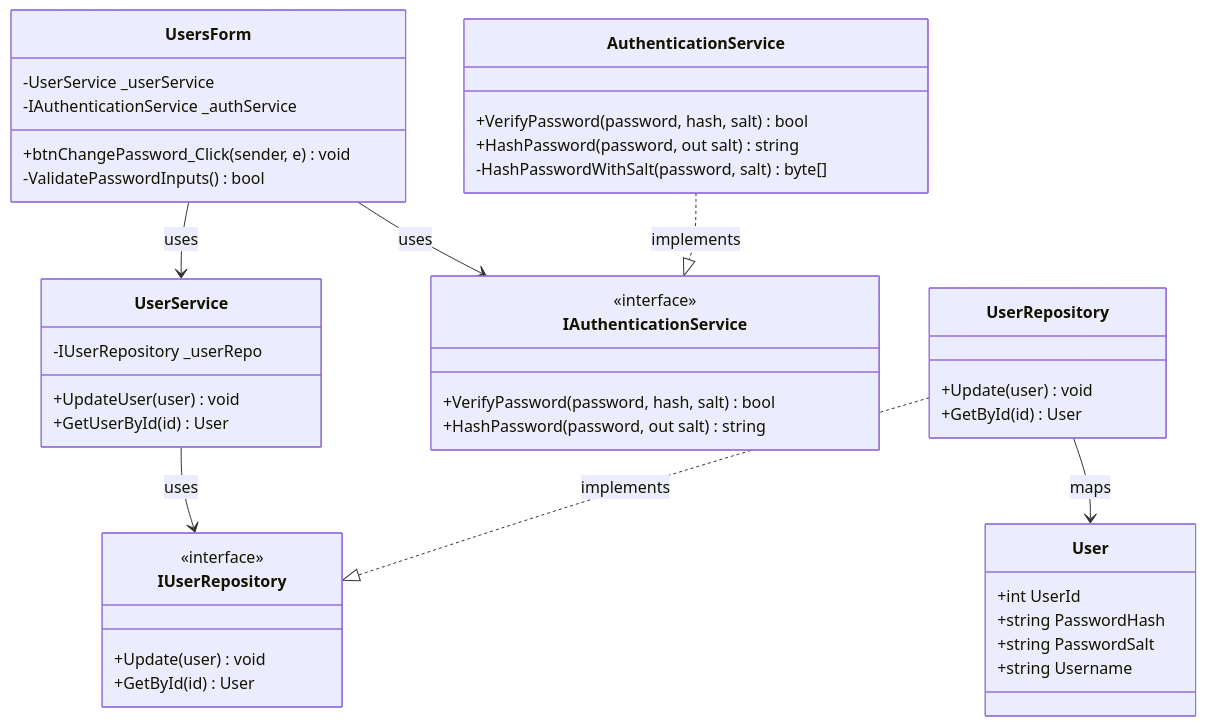
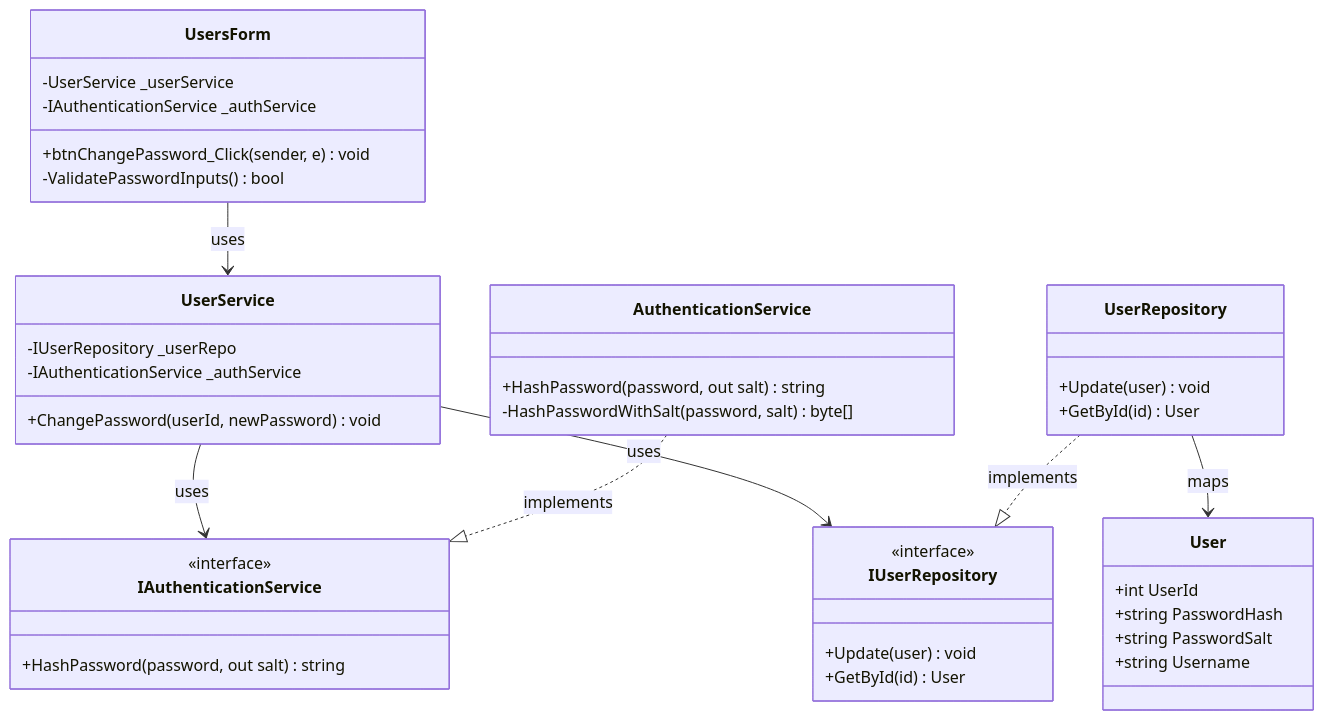
One commit to nahuk86/tp_diploma_nk_2026 changed the ninth of 9 diagrams in Documentation/UML_Diagrams/03_User_Management_Process_Class_Diagram.md. Above: the diagram before and after it, drawn with Mermaid. The commit also changed other lines of this file and 6 other files, not shown here.

Commit message:
Update UML diagrams 01-07 to reflect actual implementation

````diff
--- a/Documentation/UML_Diagrams/03_User_Management_Process_Class_Diagram.md
+++ b/Documentation/UML_Diagrams/03_User_Management_Process_Class_Diagram.md
@@ -399,52 +399,50 @@
 ```mermaid
 classDiagram
     class UsersForm {
         -UserService _userService
         -IAuthenticationService _authService
         +btnChangePassword_Click(sender, e) void
         -ValidatePasswordInputs() bool
     }
 
     class UserService {
         -IUserRepository _userRepo
-        +UpdateUser(user) void
-        +GetUserById(id) User
+        -IAuthenticationService _authService
+        +ChangePassword(userId, newPassword) void
     }
 
     class IAuthenticationService {
         <<interface>>
-        +VerifyPassword(password, hash, salt) bool
         +HashPassword(password, out salt) string
     }
 
     class AuthenticationService {
-        +VerifyPassword(password, hash, salt) bool
         +HashPassword(password, out salt) string
         -HashPasswordWithSalt(password, salt) byte[]
     }
 
     class IUserRepository {
         <<interface>>
         +Update(user) void
         +GetById(id) User
     }
 
     class UserRepository {
         +Update(user) void
         +GetById(id) User
     }
 
     class User {
         +int UserId
         +string PasswordHash
         +string PasswordSalt
         +string Username
     }
 
     UsersForm --> UserService : uses
-    UsersForm --> IAuthenticationService : uses
+    UserService --> IAuthenticationService : uses
     AuthenticationService ..|> IAuthenticationService : implements
     UserService --> IUserRepository : uses
     UserRepository ..|> IUserRepository : implements
     UserRepository --> User : maps
 ```
````
